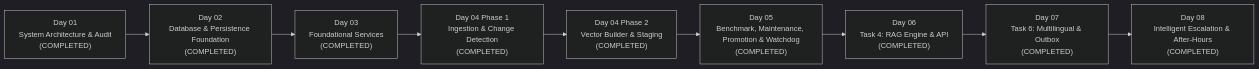
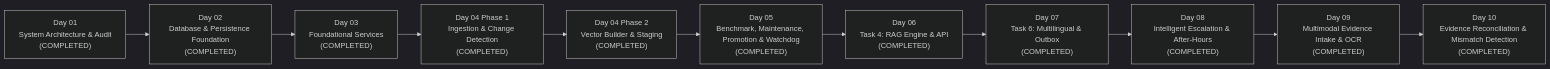
The diagram in MASTER_WORK_LOG.md (OldNick-hub/AI-Customer-Support-Platform), drawn with Mermaid (dark theme) before and after one commit. The commit also changed other lines of this file and 17 other files, not shown here.

First line of the commit message:
feat(evidence): implement evidence reconciliation and mismatch detection

````diff
--- a/MASTER_WORK_LOG.md
+++ b/MASTER_WORK_LOG.md
@@ -12,11 +12,13 @@
 ```mermaid
 flowchart LR
     D01["Day 01<br/>System Architecture & Audit<br/>(COMPLETED)"] --> D02["Day 02<br/>Database & Persistence Foundation<br/>(COMPLETED)"]
     D02 --> D03["Day 03<br/>Foundational Services<br/>(COMPLETED)"]
     D03 --> D04["Day 04 Phase 1<br/>Ingestion & Change Detection<br/>(COMPLETED)"]
     D04 --> D04P2["Day 04 Phase 2<br/>Vector Builder & Staging<br/>(COMPLETED)"]
     D04P2 --> D05["Day 05<br/>Benchmark, Maintenance, Promotion & Watchdog<br/>(COMPLETED)"]
     D05 --> D06["Day 06<br/>Task 4: RAG Engine & API<br/>(COMPLETED)"]
     D06 --> D07["Day 07<br/>Task 6: Multilingual & Outbox<br/>(COMPLETED)"]
     D07 --> D08["Day 08<br/>Intelligent Escalation & After-Hours<br/>(COMPLETED)"]
+    D08 --> D09["Day 09<br/>Multimodal Evidence Intake & OCR<br/>(COMPLETED)"]
+    D09 --> D10["Day 10<br/>Evidence Reconciliation & Mismatch Detection<br/>(COMPLETED)"]
 ```
````
